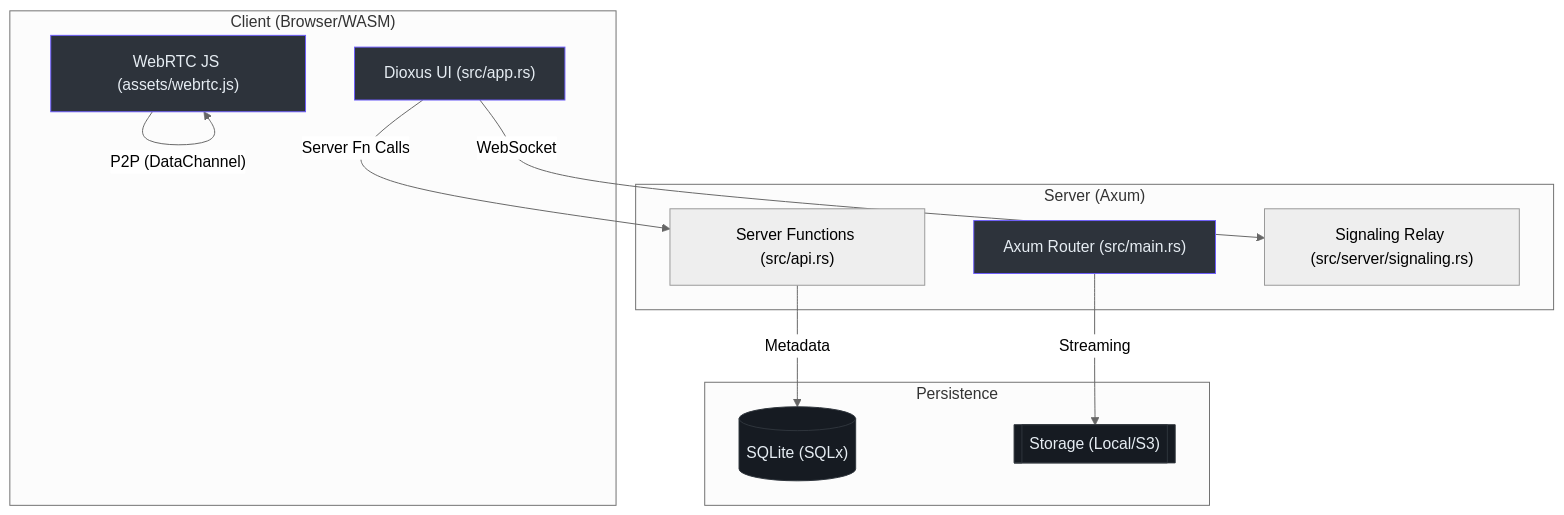
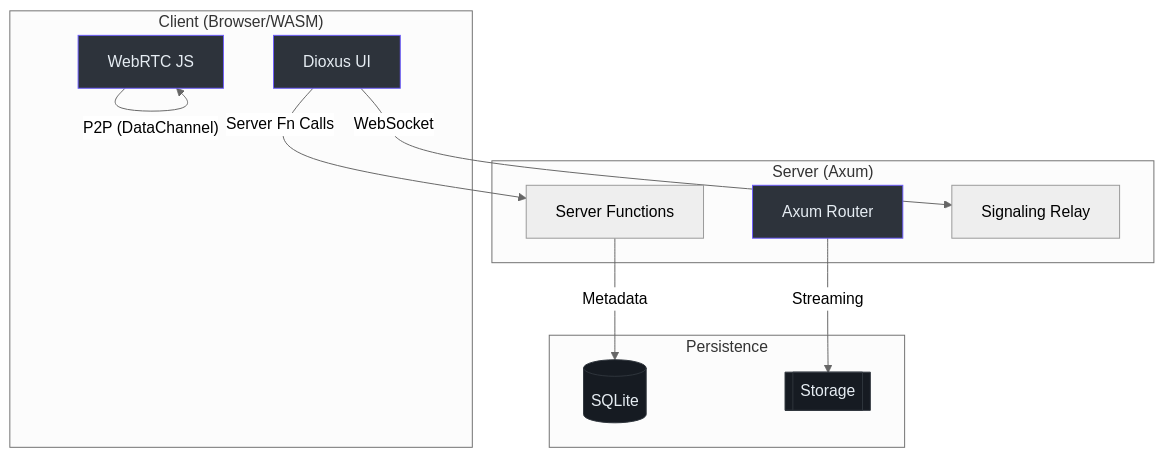
Before and after one commit to Vinny1892/hermes: the diagram in README.md, drawn with Mermaid (neutral theme). The commit also changed other lines of this file, not shown here.

````diff
--- a/README.md
+++ b/README.md
@@ -16,31 +26,31 @@
 ```mermaid
 flowchart TD
     subgraph "Client (Browser/WASM)"
-        UI["Dioxus UI (src/app.rs)"]
-        RTC["WebRTC JS (assets/webrtc.js)"]
+        UI["Dioxus UI"]
+        RTC["WebRTC JS"]
     end
 
     subgraph "Server (Axum)"
-        API["Axum Router (src/main.rs)"]
-        SF["Server Functions (src/api.rs)"]
-        SIG["Signaling Relay (src/server/signaling.rs)"]
+        API["Axum Router"]
+        SF["Server Functions"]
+        SIG["Signaling Relay"]
     end
 
     subgraph "Persistence"
-        DB[("SQLite (SQLx)")]
-        STOR[["Storage (Local/S3)"]]
+        DB[("SQLite")]
+        STOR[["Storage"]]
     end
 
     UI -- "Server Fn Calls" --> SF
     UI -- "WebSocket" --> SIG
     SF -- "Metadata" --> DB
     API -- "Streaming" --> STOR
     RTC -- "P2P (DataChannel)" --> RTC
 
     %% Styles
     style UI fill:#2d333b,stroke:#6d5dfc,color:#e6edf3
     style RTC fill:#2d333b,stroke:#6d5dfc,color:#e6edf3
     style API fill:#2d333b,stroke:#6d5dfc,color:#e6edf3
     style DB fill:#161b22,stroke:#30363d,color:#e6edf3
     style STOR fill:#161b22,stroke:#30363d,color:#e6edf3
 ```
````
